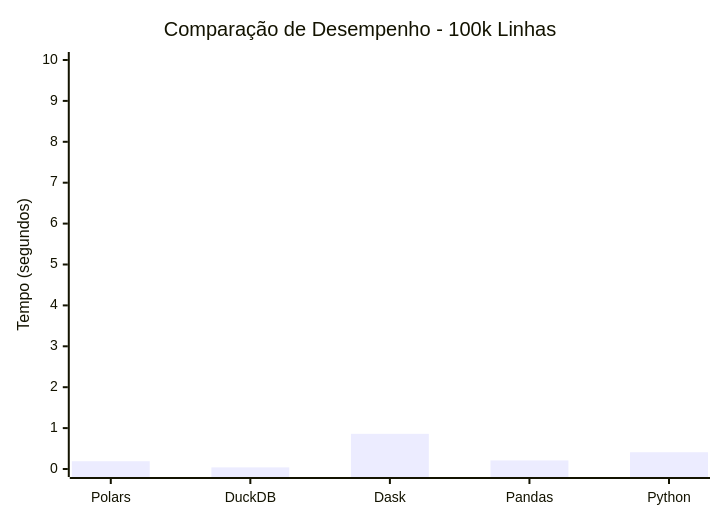
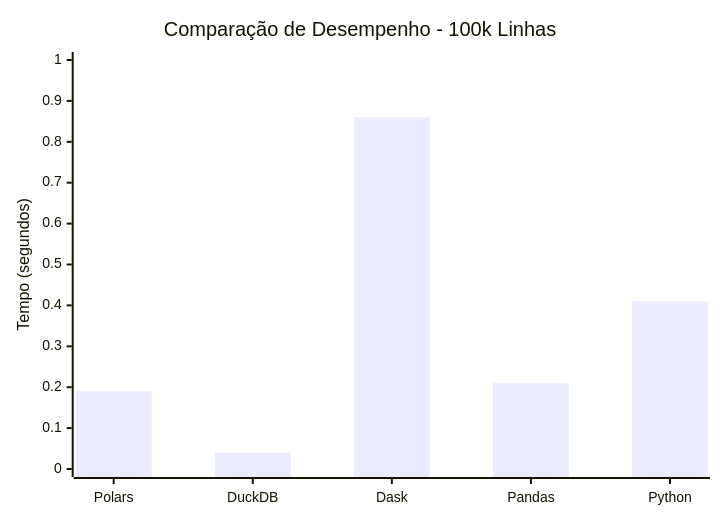
The second of 6 diagrams in README.md (rafaeljurkfitz/one-billion-row-challenge-python), drawn with Mermaid before and after one commit. The commit also changed other lines of this file, not shown here.

Commit message:
:books: docs: update the README.md

````diff
--- a/README.md
+++ b/README.md
@@ -128,7 +128,7 @@
 ```mermaid
 xychart-beta
     title "Comparação de Desempenho - 100k Linhas"
     x-axis ["Polars", "DuckDB", "Dask", "Pandas", "Python"]
-    y-axis "Tempo (segundos)" 0 --> 10
+    y-axis "Tempo (segundos)" 0 --> 1
     bar [0.19, 0.04, 0.86, 0.21, 0.41]
 ```
````
